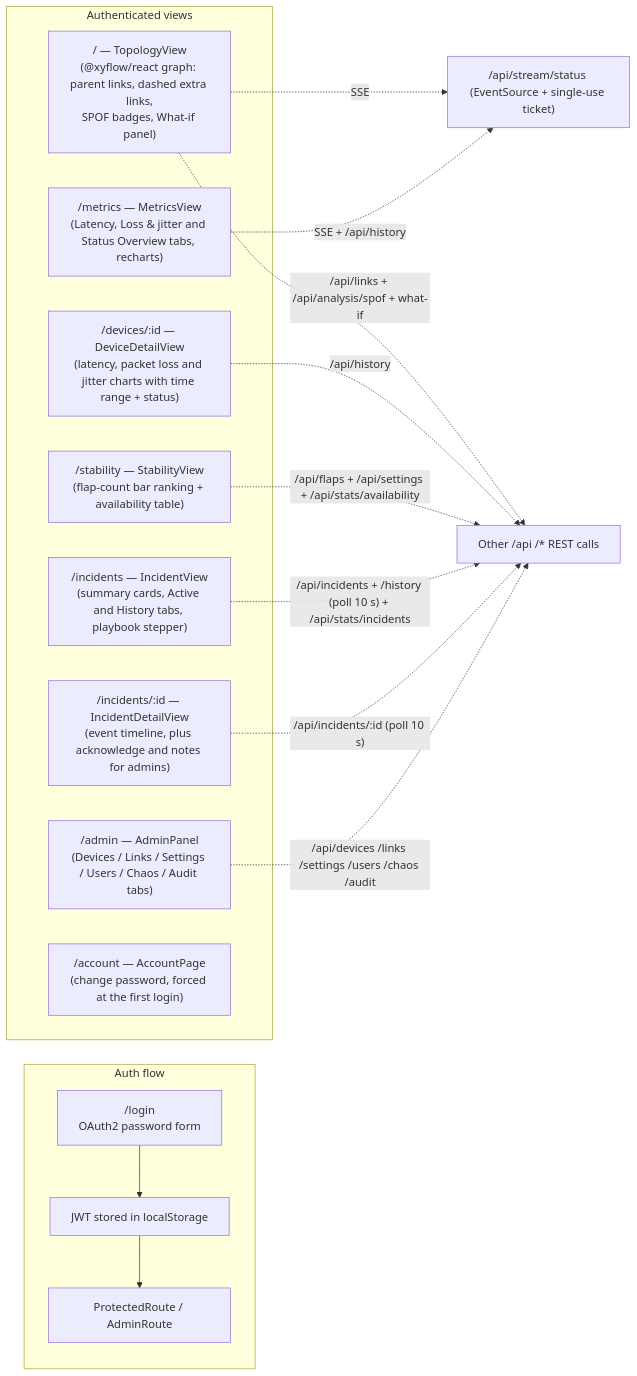
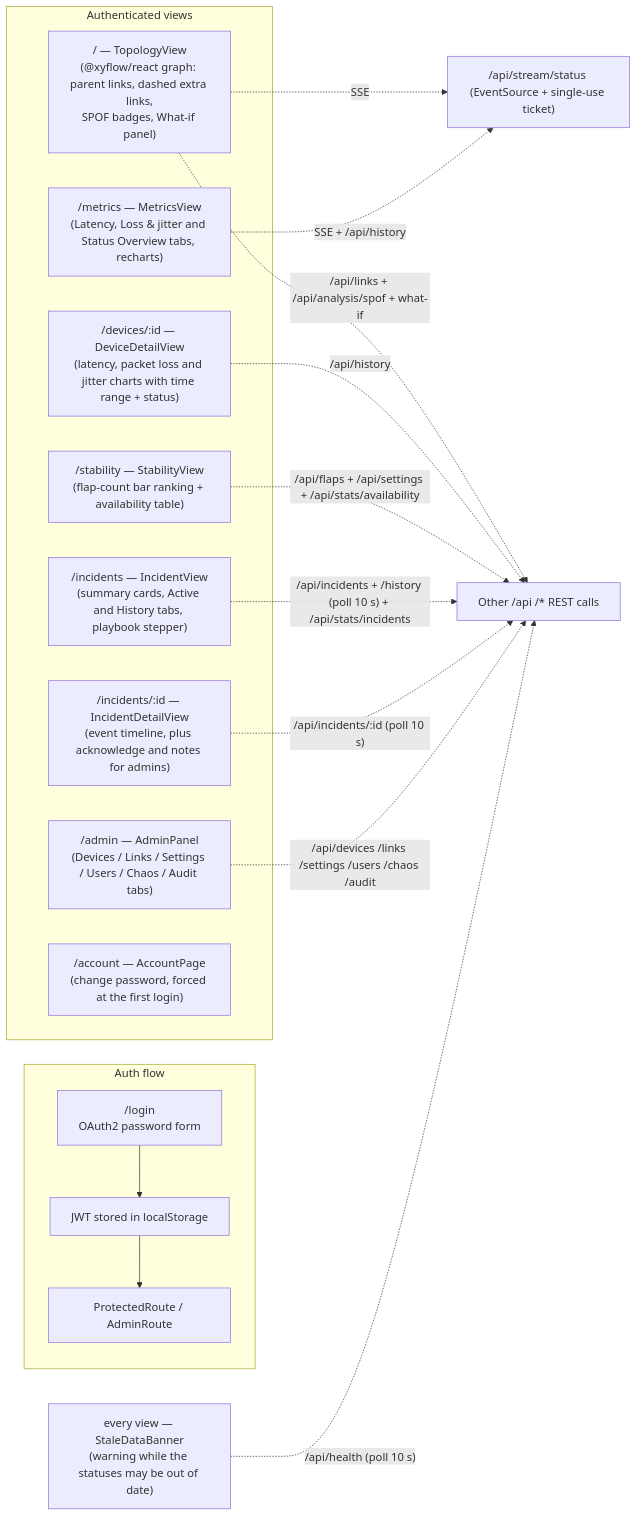
Before and after one commit to dumbL4d/network-analyser: the fourth of 6 diagrams in docs/architecture.md, drawn with Mermaid. The commit also changed other lines of this file and 17 other files, not shown here.

First line of the commit message:
feat: warn when the monitoring data is stale

````diff
--- a/docs/architecture.md
+++ b/docs/architecture.md
@@ -520,27 +578,30 @@
 ```mermaid
 flowchart LR
     subgraph Auth["Auth flow"]
         LOGIN["/login<br/>OAuth2 password form"] --> JWT["JWT stored in localStorage"]
         JWT --> PROD["ProtectedRoute / AdminRoute"]
     end
 
     subgraph Views["Authenticated views"]
         T["/ — TopologyView<br/>(@xyflow/react graph: parent links, dashed extra links,<br/>SPOF badges, What-if panel)"]
         D["/devices/:id — DeviceDetailView<br/>(latency, packet loss and jitter charts with time range + status)"]
         M["/metrics — MetricsView<br/>(Latency, Loss & jitter and Status Overview tabs, recharts)"]
         S["/stability — StabilityView<br/>(flap-count bar ranking + availability table)"]
         I["/incidents — IncidentView<br/>(summary cards, Active and History tabs, playbook stepper)"]
         IDV["/incidents/:id — IncidentDetailView<br/>(event timeline, plus acknowledge and notes for admins)"]
         A["/admin — AdminPanel<br/>(Devices / Links / Settings / Users / Chaos / Audit tabs)"]
         C["/account — AccountPage<br/>(change password, forced at the first login)"]
     end
 
+    W["every view — StaleDataBanner<br/>(warning while the statuses may be out of date)"]
+
     T -. SSE .-> STREAM["/api/stream/status (EventSource + single-use ticket)"]
     T -. "/api/links + /api/analysis/spof + what-if" .-> REST
     M -. SSE + /api/history .-> STREAM
     D -. /api/history .-> REST["Other /api /* REST calls"]
     S -. "/api/flaps + /api/settings + /api/stats/availability" .-> REST
     I -. "/api/incidents + /history (poll 10 s) + /api/stats/incidents" .-> REST
     IDV -. "/api/incidents/:id (poll 10 s)" .-> REST
     A -. "/api/devices /links /settings /users /chaos /audit" .-> REST
+    W -. "/api/health (poll 10 s)" .-> REST
 ```
````
